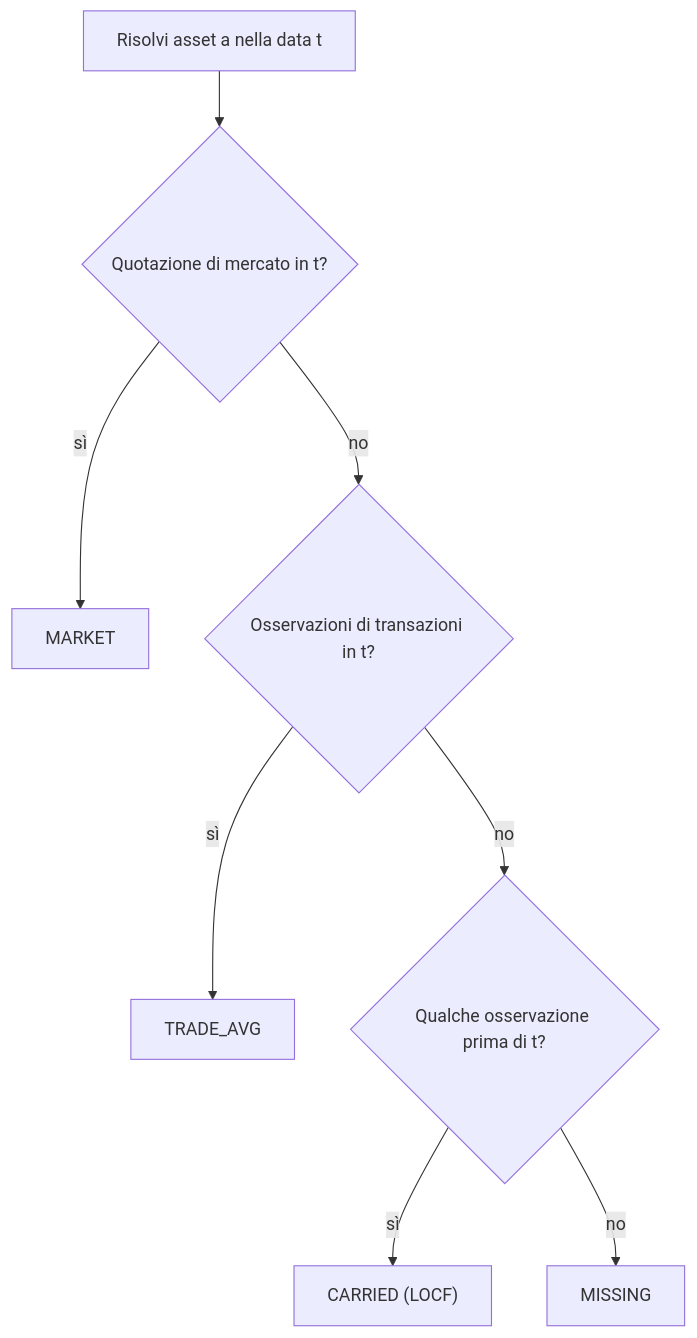
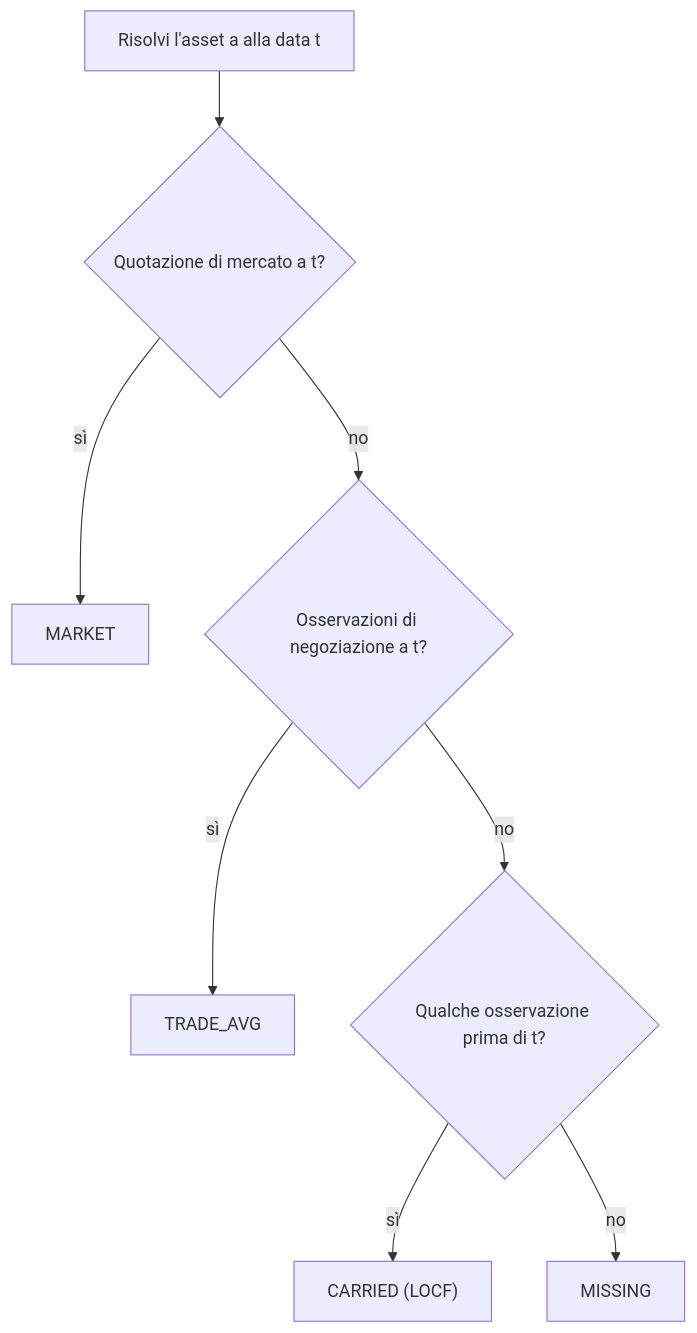
The diagram in mkdocs_src/docs/financial-theory/technical-analysis/performance-metrics/portfolio-engine/price-resolution.it.md (Librefolio/LibreFolio), drawn with Mermaid before and after one commit. The commit also changed other lines of this file and 2 other files, not shown here.

````diff
--- a/mkdocs_src/docs/financial-theory/technical-analysis/performance-metrics/portfolio-engine/price-resolution.it.md
+++ b/mkdocs_src/docs/financial-theory/technical-analysis/performance-metrics/portfolio-engine/price-resolution.it.md
@@ -30,10 +40,10 @@
 ```mermaid
 flowchart TD
-    A["Risolvi asset a nella data t"] --> B{"Quotazione di mercato in t?"}
+    A["Risolvi l'asset a alla data t"] --> B{"Quotazione di mercato a t?"}
     B -- "sì" --> C["MARKET"]
-    B -- "no" --> D{"Osservazioni di transazioni in t?"}
+    B -- "no" --> D{"Osservazioni di negoziazione a t?"}
     D -- "sì" --> E["TRADE_AVG"]
     D -- "no" --> F{"Qualche osservazione prima di t?"}
     F -- "sì" --> G["CARRIED (LOCF)"]
     F -- "no" --> H["MISSING"]
 ```
````
